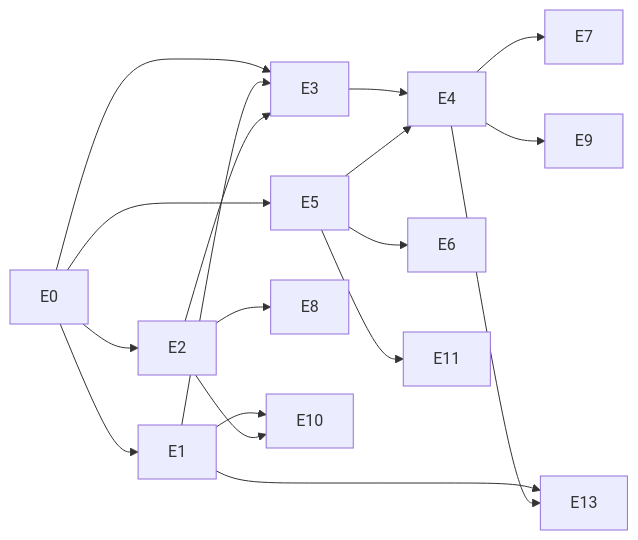
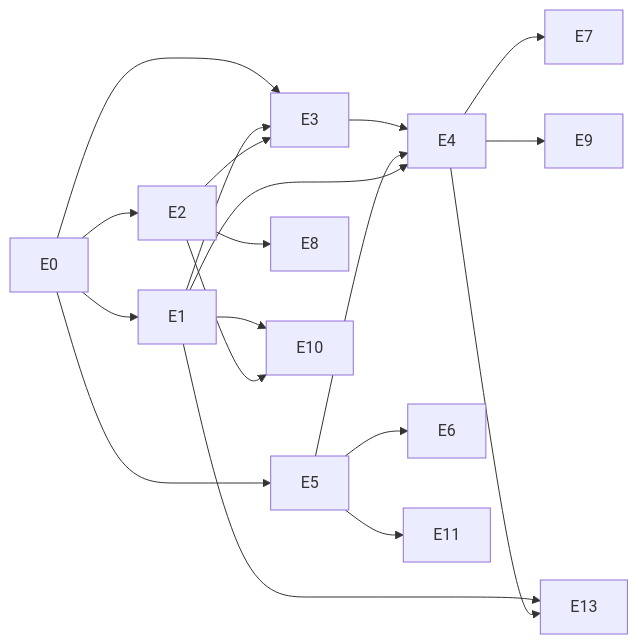
The diagram in docs/parish-intake-project-backlog.md (Archdiocese-of-Cape-Town/adct.org.za), drawn with Mermaid before and after one commit. The commit also changed other lines of this file and 11 other files, not shown here.

````diff
--- a/docs/parish-intake-project-backlog.md
+++ b/docs/parish-intake-project-backlog.md
@@ -181,16 +190,17 @@
 ```mermaid
 flowchart LR
     E0 --> E1 & E2 & E3 & E5
     E1 --> E3
     E2 --> E3 --> E4
     E5 --> E4
+    E1 --> E4
     E4 --> E7
     E5 --> E6
     E2 --> E8
     E4 --> E9
     E1 --> E10
     E2 --> E10
     E5 --> E11
     E1 --> E13
     E4 --> E13
 ```
````
